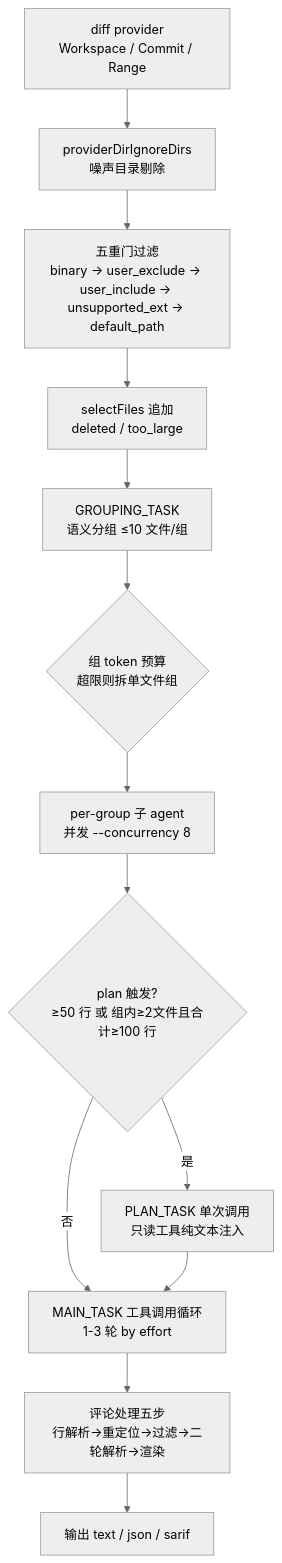
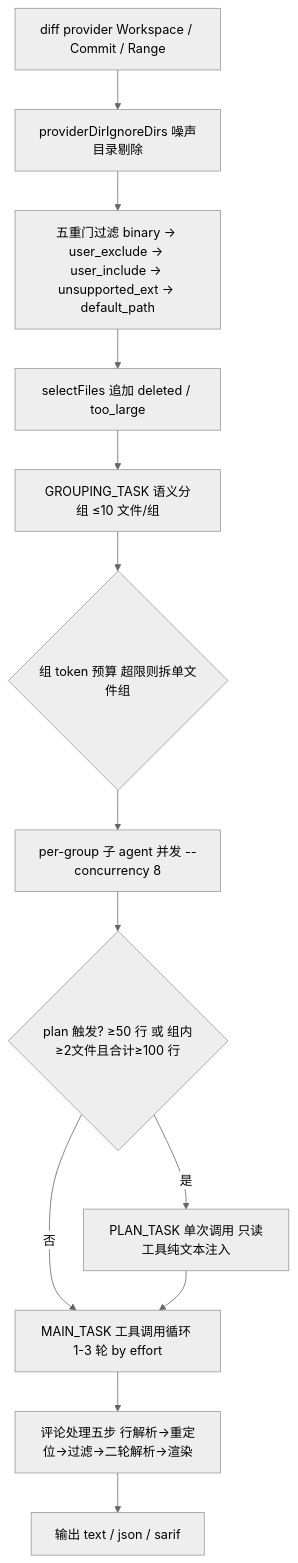
Before and after one commit to awesome-flexloop/awesome-okf: the diagram in doc/bundles/jishu/ai/products/open-code-review/concepts/12-official-runtime-model.md, drawn with Mermaid (neutral theme). The commit also changed 10 other files, not shown here.

First line of the commit message:
docs(bundle): 清偿 Open Code Review 存量 Mermaid 违规避免规范漂移累积

````diff
--- a/doc/bundles/jishu/ai/products/open-code-review/concepts/12-official-runtime-model.md
+++ b/doc/bundles/jishu/ai/products/open-code-review/concepts/12-official-runtime-model.md
@@ -38,15 +38,15 @@
 ```mermaid
 flowchart TD
-    A[diff provider<br/>Workspace / Commit / Range] --> B[providerDirIgnoreDirs<br/>噪声目录剔除]
-    B --> C[五重门过滤<br/>binary → user_exclude → user_include → unsupported_ext → default_path]
-    C --> D[selectFiles 追加<br/>deleted / too_large]
-    D --> E[GROUPING_TASK<br/>语义分组 ≤10 文件/组]
-    E --> F{组 token 预算<br/>超限则拆单文件组}
-    F --> G[per-group 子 agent<br/>并发 --concurrency 8]
-    G --> H{plan 触发?<br/>≥50 行 或 组内≥2文件且合计≥100 行}
-    H -->|是| I[PLAN_TASK 单次调用<br/>只读工具纯文本注入]
-    H -->|否| J
-    I --> J[MAIN_TASK 工具调用循环<br/>1-3 轮 by effort]
-    J --> K[评论处理五步<br/>行解析→重定位→过滤→二轮解析→渲染]
-    K --> L[输出 text / json / sarif]
+    A["diff provider Workspace / Commit / Range"] --> B["providerDirIgnoreDirs 噪声目录剔除"]
+    B --> C["五重门过滤 binary -> user_exclude -> user_include -> unsupported_ext -> default_path"]
+    C --> D["selectFiles 追加 deleted / too_large"]
+    D --> E["GROUPING_TASK 语义分组 ≤10 文件/组"]
+    E --> F{"组 token 预算 超限则拆单文件组"}
+    F --> G["per-group 子 agent 并发 --concurrency 8"]
+    G --> H{"plan 触发? ≥50 行 或 组内≥2文件且合计≥100 行"}
+    H -->|"是"| I["PLAN_TASK 单次调用 只读工具纯文本注入"]
+    H -->|"否"| J
+    I --> J["MAIN_TASK 工具调用循环 1-3 轮 by effort"]
+    J --> K["评论处理五步 行解析->重定位->过滤->二轮解析->渲染"]
+    K --> L["输出 text / json / sarif"]
 ```
````
